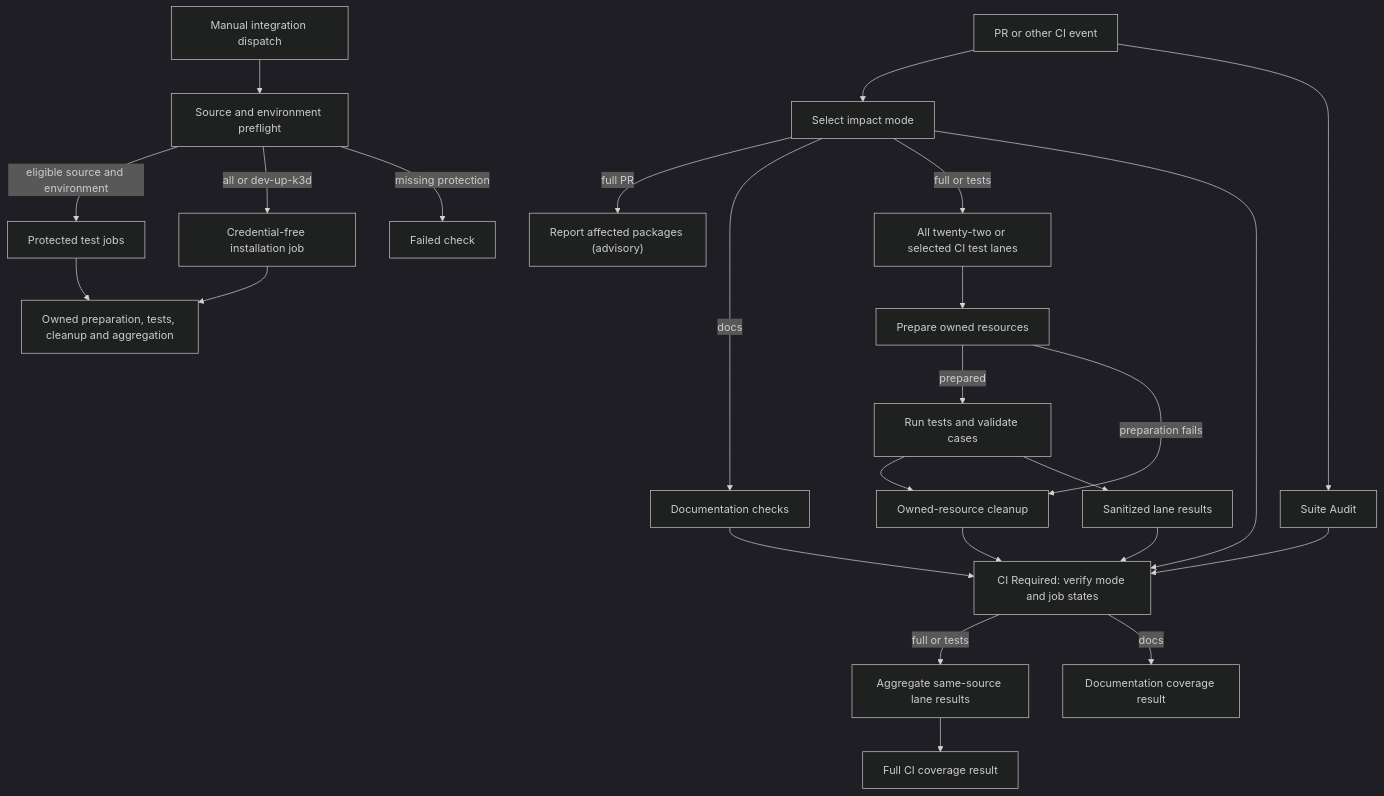
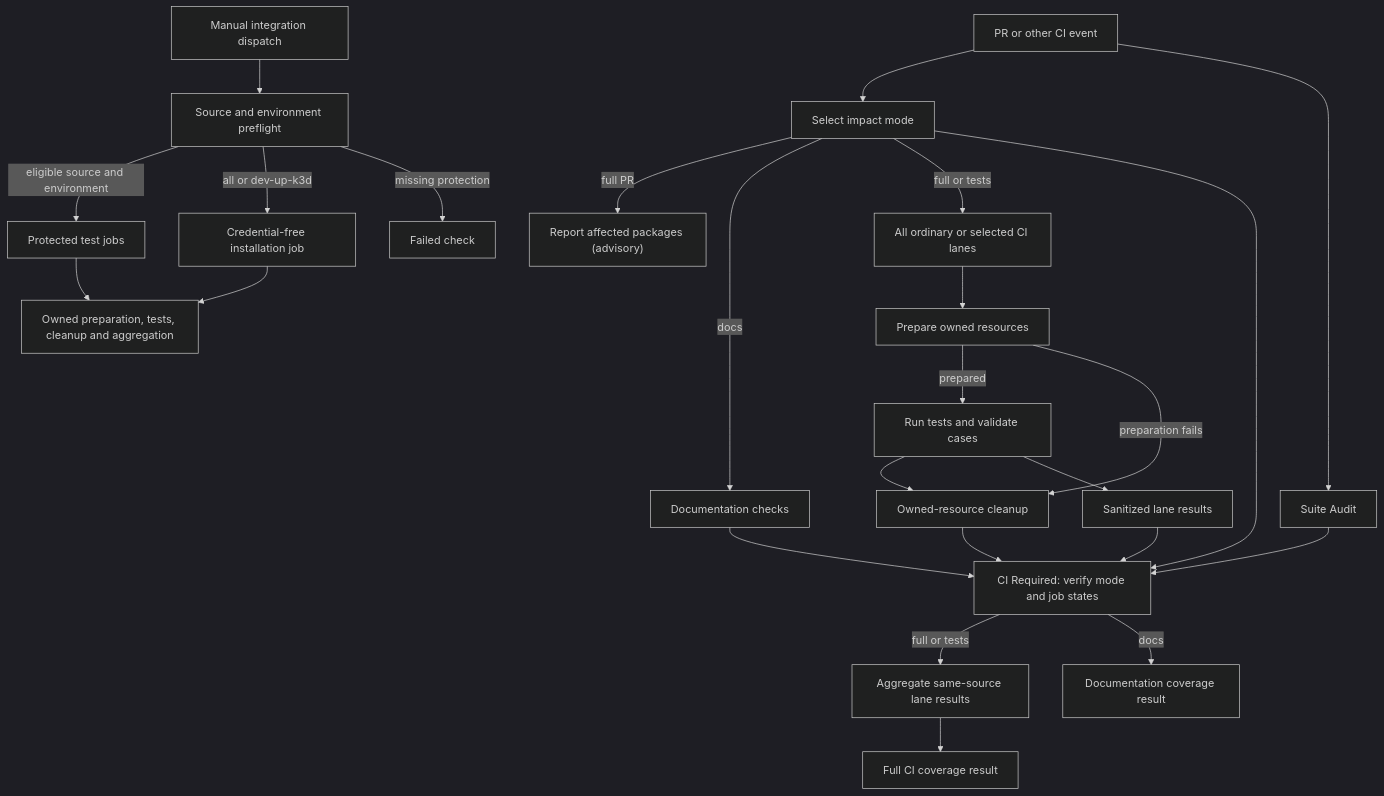
Before and after one commit to openclaw/openclaw-enterprise: the diagram in docs/flows/github-actions-testing.md, drawn with Mermaid (dark theme). The commit also changed other lines of this file and 10 other files, not shown here.

````diff
--- a/docs/flows/github-actions-testing.md
+++ b/docs/flows/github-actions-testing.md
@@ -21,27 +21,27 @@
 ```mermaid
 graph TD
   A["PR or other CI event"] --> S["Select impact mode"]
   A --> N["Suite Audit"]
   S -->|full PR| Q["Report affected packages (advisory)"]
   S -->|docs| D["Documentation checks"]
-  S -->|full or tests| B["All twenty-two or selected CI test lanes"]
+  S -->|full or tests| B["All ordinary or selected CI lanes"]
   B --> F["Prepare owned resources"]
   F -->|prepared| H["Run tests and validate cases"]
   F -->|preparation fails| J["Owned-resource cleanup"]
   H --> J
   H --> K["Sanitized lane results"]
   J --> G["CI Required: verify mode and job states"]
   S --> G
   N --> G
   D --> G
   K --> G
   G -->|full or tests| L["Aggregate same-source lane results"]
   G -->|docs| M["Documentation coverage result"]
   L --> R["Full CI coverage result"]
   C["Manual integration dispatch"] --> P["Source and environment preflight"]
   P -->|eligible source and environment| E["Protected test jobs"]
   P -->|all or dev-up-k3d| U["Credential-free installation job"]
   U --> T
   P -->|missing protection| X["Failed check"]
   E --> T["Owned preparation, tests, cleanup and aggregation"]
 ```
````
